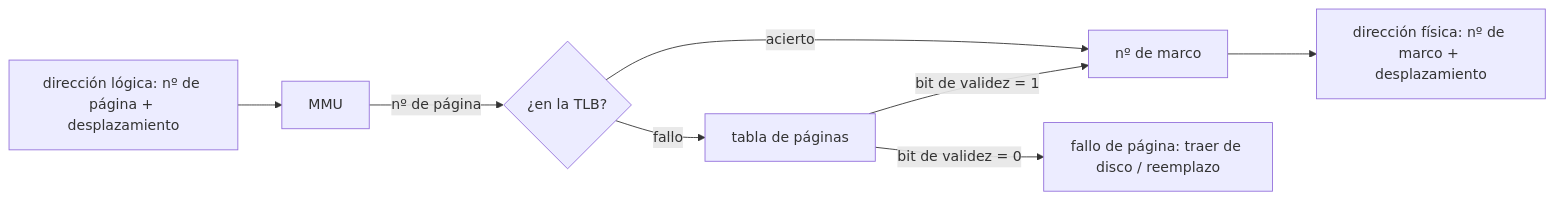
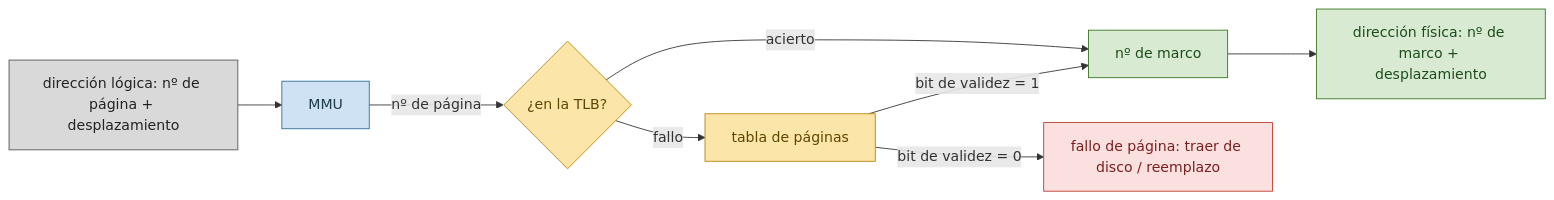
One commit to asiermarzo/ssoo changed the second of 7 diagrams in TEORIA/06-gestion-de-memoria/README.md. Above: the diagram before and after it, drawn with Mermaid. The commit also changed other lines of this file and 25 other files, not shown here.

Commit message:
refinado de diagramas mermaid y svg

````diff
--- a/TEORIA/06-gestion-de-memoria/README.md
+++ b/TEORIA/06-gestion-de-memoria/README.md
@@ -357,10 +419,21 @@
 ```mermaid
 flowchart LR
     VA["dirección lógica: nº de página + desplazamiento"] --> MMU
     MMU -->|"nº de página"| TLB{"¿en la TLB?"}
     TLB -->|acierto| FR["nº de marco"]
     TLB -->|fallo| PT["tabla de páginas"]
     PT -->|"bit de validez = 1"| FR
     PT -->|"bit de validez = 0"| PF["fallo de página: traer de disco / reemplazo"]
     FR --> PA["dirección física: nº de marco + desplazamiento"]
+
+    classDef entrada fill:#d9d9d9,stroke:#555555,color:#222222;
+    classDef activo fill:#cfe2f3,stroke:#2b6f99,color:#1b3a4b;
+    classDef decision fill:#fce5a8,stroke:#b8860b,color:#5c4600;
+    classDef exito fill:#d9ead3,stroke:#38761d,color:#1b4d1b;
+    classDef error fill:#fbe0e0,stroke:#c0392b,color:#7a1f1f;
+    class VA entrada;
+    class MMU activo;
+    class TLB,PT decision;
+    class FR,PA exito;
+    class PF error;
 ```
````
